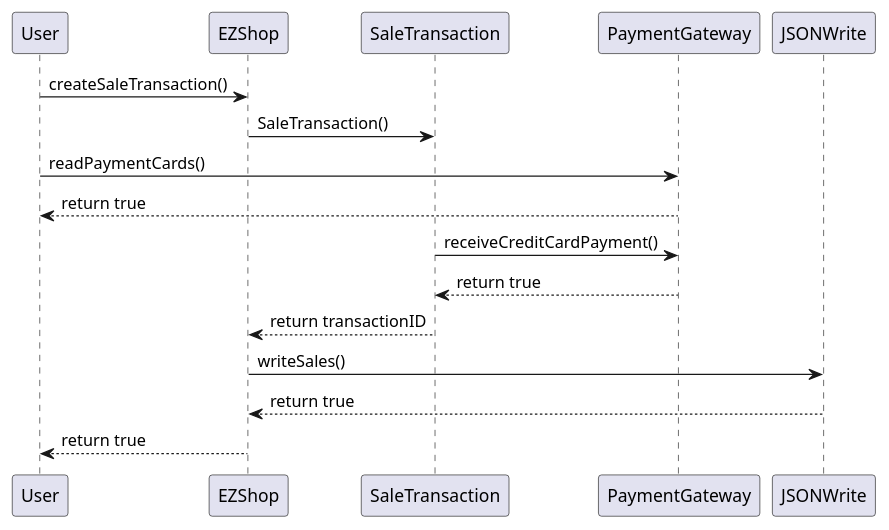
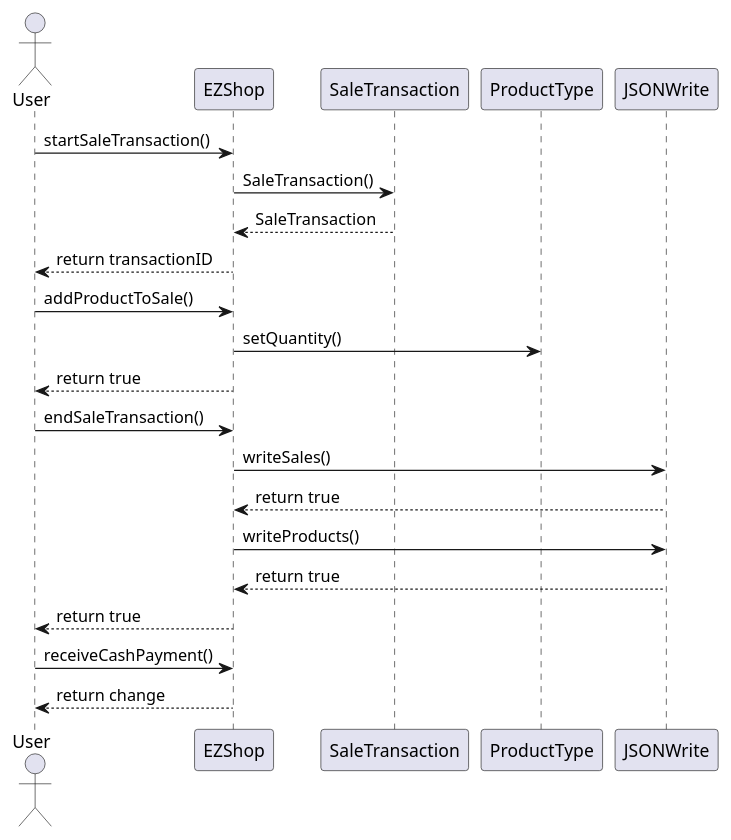
One commit to giuseppesalvi/ezshop changed diagram 16 of 21 in Deliverables/DesignDocument.md. Above: the diagram before and after it, drawn with PlantUML. The commit also changed other lines of this file, not shown here.

Commit message:
Update DesignDocument.md: sequence diagrams

````diff
--- a/Deliverables/DesignDocument.md
+++ b/Deliverables/DesignDocument.md
@@ -522,19 +526,23 @@
 ```plantuml
 @startuml
-participant User
+actor User
 participant EZShop
 participant SaleTransaction
-participant PaymentGateway
-participant JSONWrite
-User -> EZShop : createSaleTransaction()
+participant ProductType
+User -> EZShop : startSaleTransaction()
 EZShop -> SaleTransaction : SaleTransaction()
-User -> PaymentGateway : readPaymentCards()
-User <-- PaymentGateway : return true
-SaleTransaction -> PaymentGateway : receiveCreditCardPayment()
-SaleTransaction <-- PaymentGateway : return true
-EZShop <-- SaleTransaction : return transactionID
+EZShop <-- SaleTransaction : SaleTransaction
+User <-- EZShop : return transactionID
+User -> EZShop : addProductToSale()
+EZShop -> ProductType : setQuantity()
+User <-- EZShop : return true
+User -> EZShop : endSaleTransaction()
 EZShop -> JSONWrite : writeSales()
 EZShop <-- JSONWrite : return true
+EZShop -> JSONWrite : writeProducts()
+EZShop <-- JSONWrite : return true
 User <-- EZShop : return true
+User -> EZShop : receiveCashPayment()
+User <-- EZShop : return change
 @enduml
 ```
````
